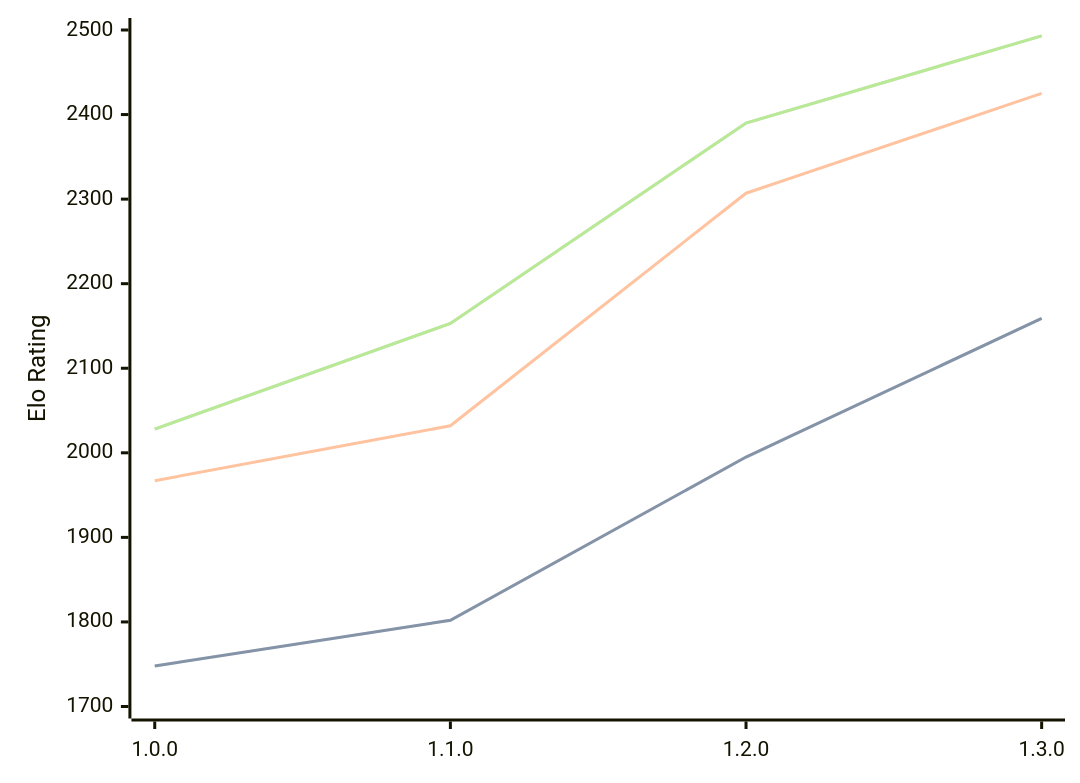
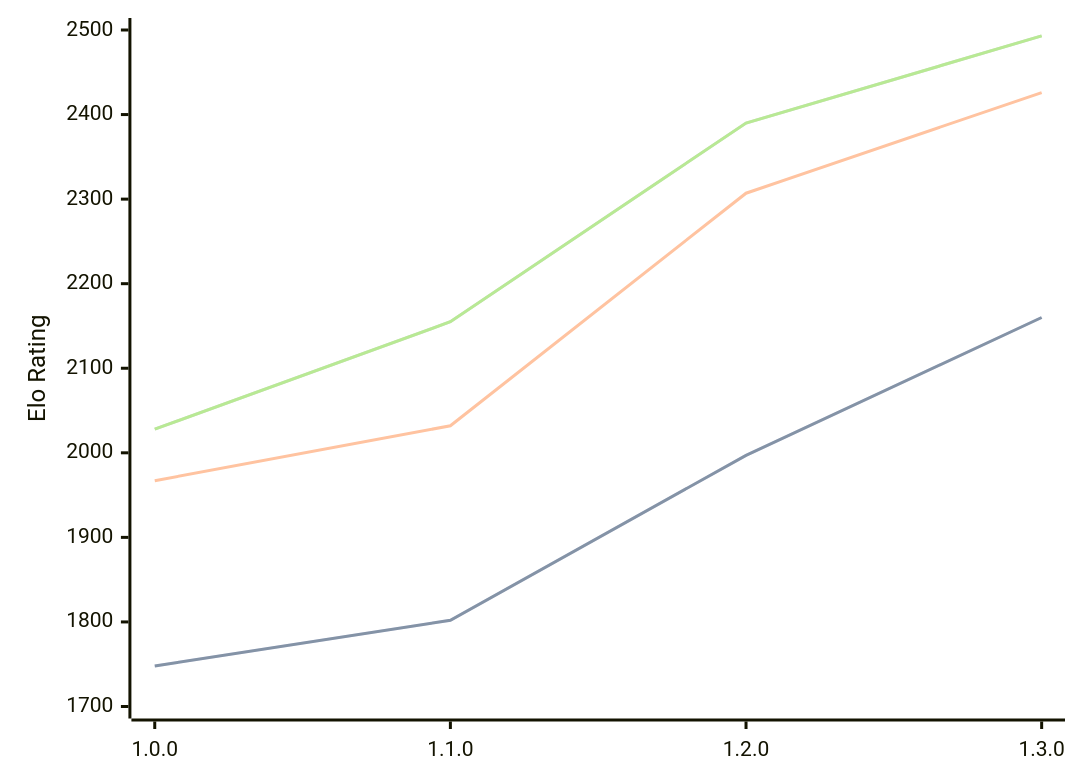
Before and after one commit to computer-chess-index/cci: the diagram in engines/Anodos.md, drawn with Mermaid. The commit also changed other lines of this file, not shown here.

Commit message:
Update CCI Ratings (ELO VLTC) - 2026-09-07

````diff
--- a/engines/Anodos.md
+++ b/engines/Anodos.md
@@ -34,11 +34,11 @@
 ```mermaid
 %%{init: {"theme":"base","themeVariables":{"seriesColors:['#a3a3a3','#222221','#faa371']}}}%%
 xychart-beta
   x-axis ["1.0.0", "1.1.0", "1.2.0", "1.3.0"]
   y-axis "Elo Rating" 1700 --> 2500
-  line "" [1748, 1802, 1995, 2159]
-  line "STC (8.0+0.08s)" [1748, 1802, 1995, 2159]
-  line "LTC (60.0+0.60s)" [1967, 2032, 2307, 2425]
-  line "" [2028, 2153, 2390, 2493]
-  line "VLTC (2m24s+1.12s)" [2028, 2153, 2390, 2493]
+  line "" [1748, 1802, 1997, 2160]
+  line "STC (8.0+0.08s)" [1748, 1802, 1997, 2160]
+  line "LTC (60.0+0.60s)" [1967, 2032, 2307, 2426]
+  line "" [2028, 2155, 2390, 2493]
+  line "VLTC (2m24s+1.12s)" [2028, 2155, 2390, 2493]
 ```
````
